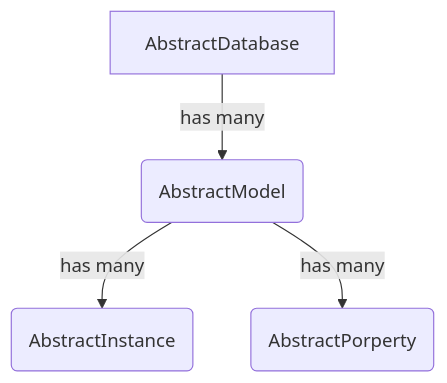
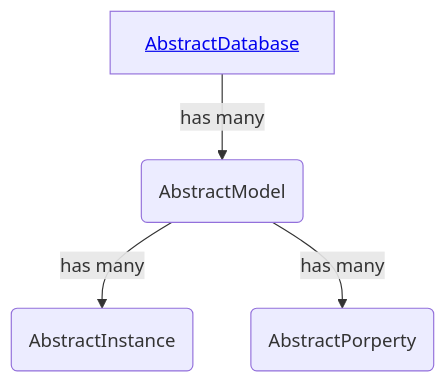
The diagram in docs/index.md (SoftwareBrothers/adminjs), drawn with Mermaid before and after one commit. The commit also changed 26 other files, not shown here.

Commit message:
update docs with graph

```diff
--- a/docs/index.md
+++ b/docs/index.md
@@ -21,6 +21,6 @@
 <div class="mermaid">
   graph TD
-  A[AbstractDatabase] -->|has many| B(AbstractModel)
+  A[<a href=/abstractdatabase.html>AbstractDatabase</a>] -->|has many| B(AbstractModel)
   B --> |has many|C(AbstractInstance)
   B --> |has many|D(AbstractPorperty)
 </div>
```
